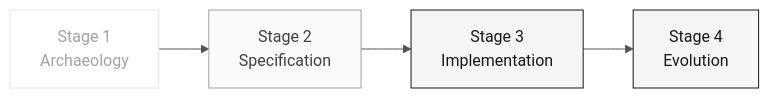
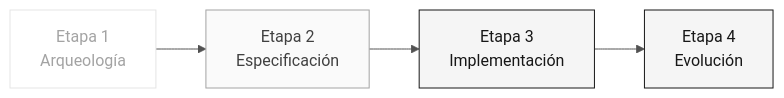
Before and after one commit to paulasilvatech/datacorp-sifap-team-kit-pt-br: the diagram in 05-personas/05-technical-lead/PERSONA.md, drawn with Mermaid. The commit also changed other lines of this file and 386 other files, not shown here.

````diff
--- a/05-personas/05-technical-lead/PERSONA.md
+++ b/05-personas/05-technical-lead/PERSONA.md
@@ -32,11 +32,11 @@
 ```mermaid
 %%{init: {'theme':'neutral','themeVariables':{'fontFamily':'ui-sans-serif, system-ui, sans-serif','primaryColor':'#F5F5F5','primaryTextColor':'#171717','primaryBorderColor':'#171717','lineColor':'#525252','secondaryColor':'#FFFFFF','tertiaryColor':'#FAFAFA','background':'#FFFFFF'}}}%%
 flowchart LR
     classDef active fill:#F5F5F5,stroke:#171717,color:#171717
     classDef support fill:#FAFAFA,stroke:#A3A3A3,color:#404040
     classDef inactive fill:#FFFFFF,stroke:#E5E5E5,color:#A3A3A3
 
-    E1["Stage 1<br/>Archaeology"]:::inactive --> E2["Stage 2<br/>Specification"]:::support
-    E2 --> E3["Stage 3<br/>Implementation"]:::active
-    E3 --> E4["Stage 4<br/>Evolution"]:::active
+    E1["Etapa 1<br/>Arqueología"]:::inactive --> E2["Etapa 2<br/>Especificación"]:::support
+    E2 --> E3["Etapa 3<br/>Implementación"]:::active
+    E3 --> E4["Etapa 4<br/>Evolución"]:::active
 ```
````
